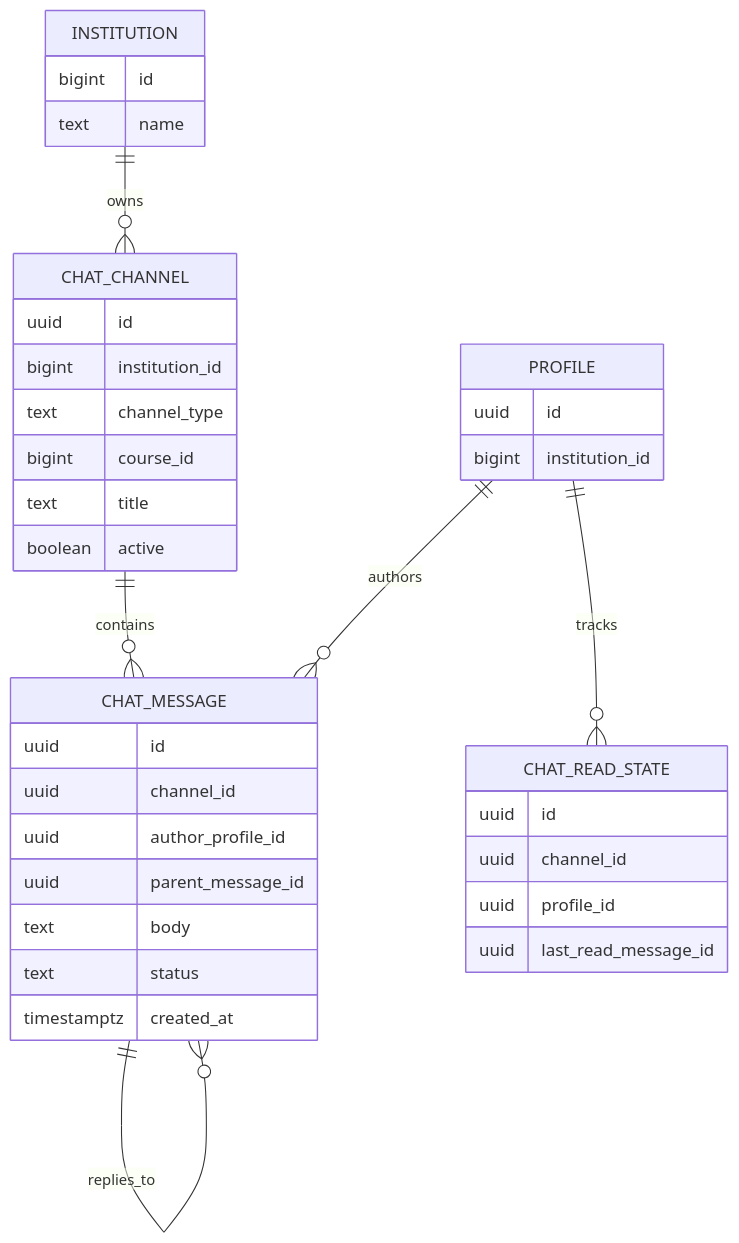
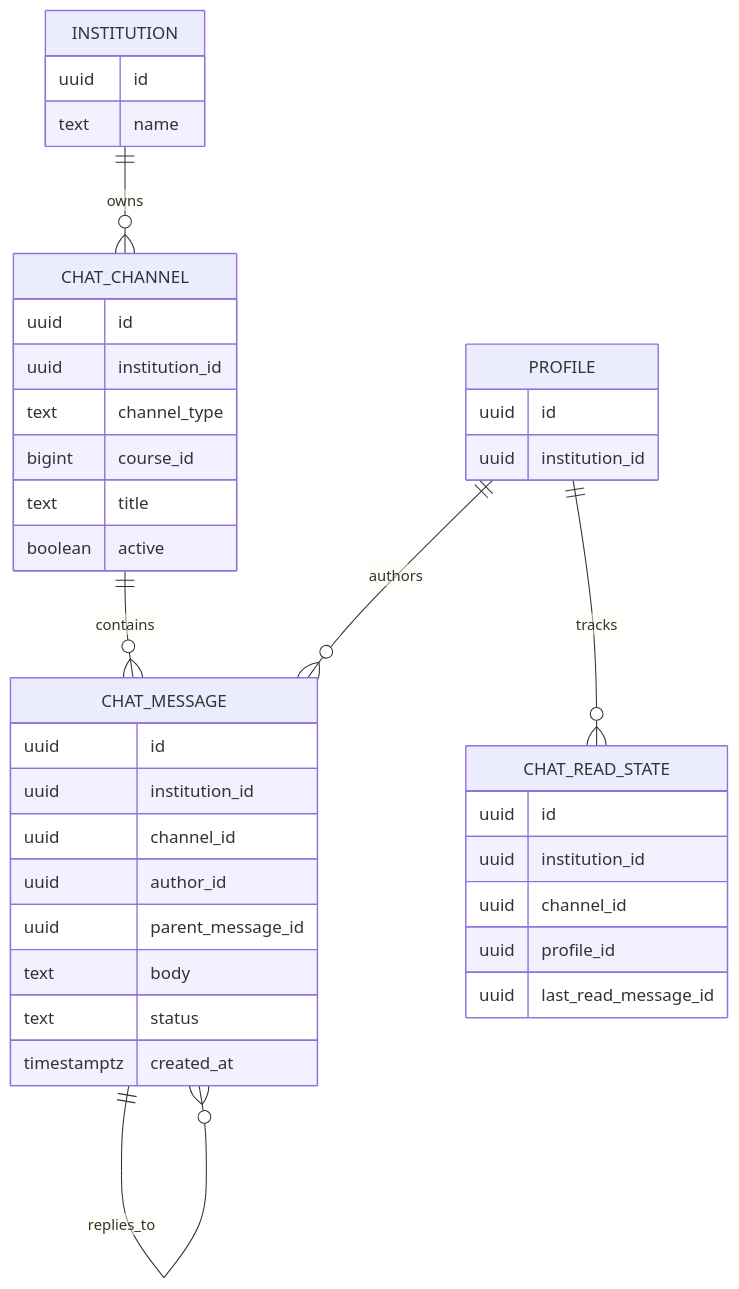
One commit to cyborg1101/cyborg changed the third of 4 diagrams in TDD_Chat_System_v1.0.md. Above: the diagram before and after it, drawn with Mermaid. The commit also changed other lines of this file, not shown here.

Commit message:
fix(tdd-chat): align schema types with core data layer and add observability and roadmap sections

````diff
--- a/TDD_Chat_System_v1.0.md
+++ b/TDD_Chat_System_v1.0.md
@@ -201,44 +203,46 @@
 ```mermaid
 erDiagram
     INSTITUTION ||--o{ CHAT_CHANNEL : owns
     CHAT_CHANNEL ||--o{ CHAT_MESSAGE : contains
     PROFILE ||--o{ CHAT_MESSAGE : authors
     CHAT_MESSAGE ||--o{ CHAT_MESSAGE : replies_to
     PROFILE ||--o{ CHAT_READ_STATE : tracks
 
     INSTITUTION {
-        bigint id
+        uuid id
         text name
     }
 
     CHAT_CHANNEL {
         uuid id
-        bigint institution_id
+        uuid institution_id
         text channel_type
         bigint course_id
         text title
         boolean active
     }
 
     PROFILE {
         uuid id
-        bigint institution_id
+        uuid institution_id
     }
 
     CHAT_MESSAGE {
         uuid id
+        uuid institution_id
         uuid channel_id
-        uuid author_profile_id
+        uuid author_id
         uuid parent_message_id
         text body
         text status
         timestamptz created_at
     }
 
     CHAT_READ_STATE {
         uuid id
+        uuid institution_id
         uuid channel_id
         uuid profile_id
         uuid last_read_message_id
     }
 ```
````
